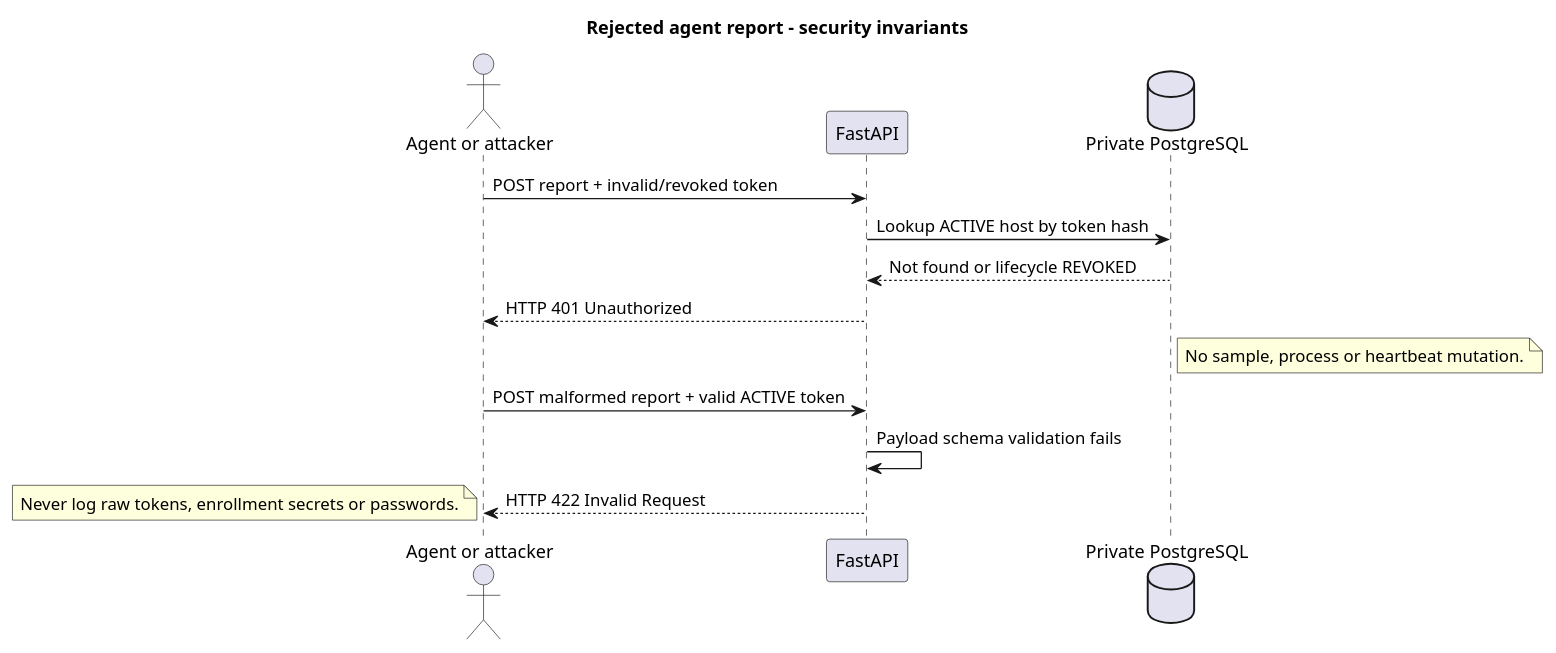
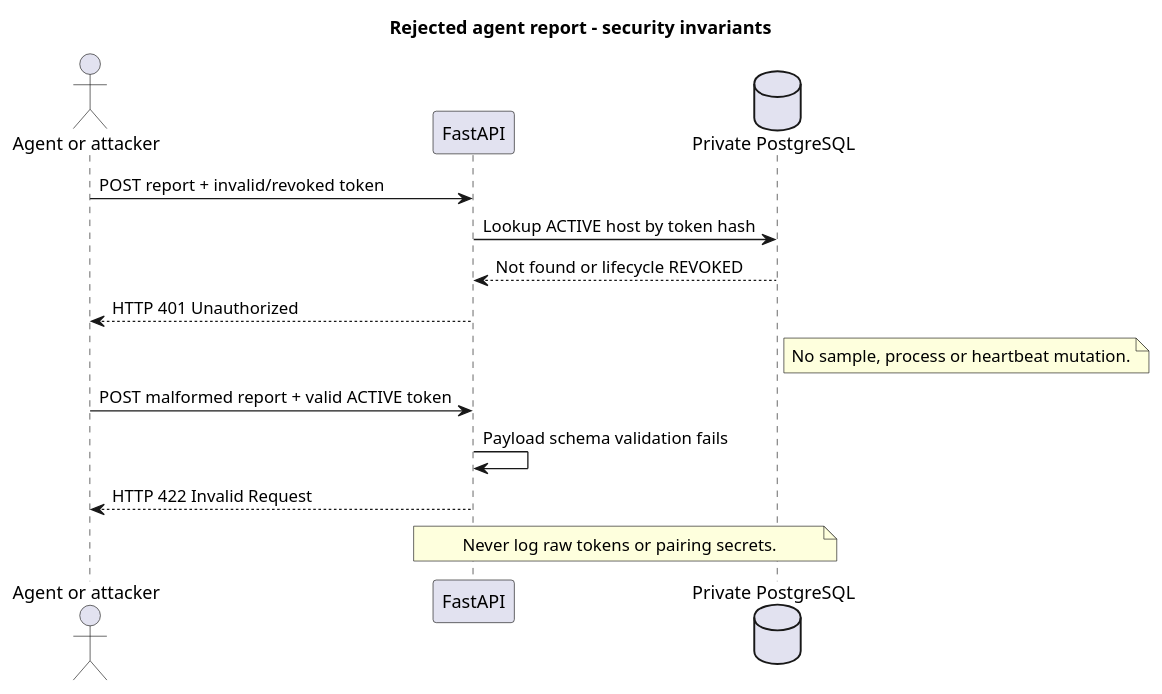
One commit to Adam-BArbia/fleetluma changed the diagram in docs/uml/plantuml/21_seq_rejected_report.puml. Above: the diagram before and after it, drawn with PlantUML.

Commit message:
fix(FL-31): support pinned PlantUML note syntax

```diff
--- a/docs/uml/plantuml/21_seq_rejected_report.puml
+++ b/docs/uml/plantuml/21_seq_rejected_report.puml
@@ -1,15 +1,15 @@
 @startuml 21_seq_rejected_report
 title Rejected agent report - security invariants
 actor "Agent or attacker" as Agent
 participant "FastAPI" as API
 database "Private PostgreSQL" as DB
 Agent -> API : POST report + invalid/revoked token
 API -> DB : Lookup ACTIVE host by token hash
 DB --> API : Not found or lifecycle REVOKED
 API --> Agent : HTTP 401 Unauthorized
 note right of DB : No sample, process or heartbeat mutation.
 Agent -> API : POST malformed report + valid ACTIVE token
 API -> API : Payload schema validation fails
 API --> Agent : HTTP 422 Invalid Request
-note bottom : Never log raw tokens, enrollment secrets or passwords.
+note over API,DB : Never log raw tokens or pairing secrets.
 @enduml
```
